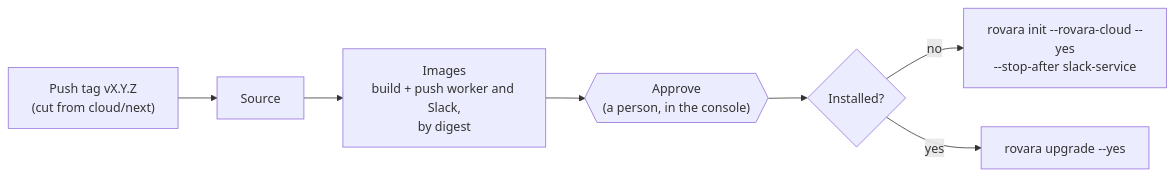
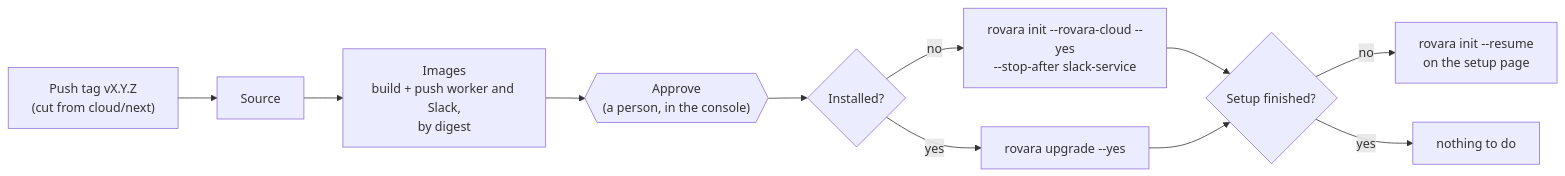
Before and after one commit to rovaracli/rovara: the second of 2 diagrams in docs/rovara-cloud-install.md, drawn with Mermaid. The commit also changed other lines of this file and 4 other files, not shown here.

First line of the commit message:
Rovara Cloud pipeline: stacks with no questions, then the rest on a hosted setup page

````diff
--- a/docs/rovara-cloud-install.md
+++ b/docs/rovara-cloud-install.md
@@ -64,9 +64,13 @@
 ```mermaid
 flowchart LR
   T["Push tag vX.Y.Z<br/>(cut from cloud/next)"] --> S[Source]
   S --> I["Images<br/>build + push worker and Slack,<br/>by digest"]
   I --> A{{"Approve<br/>(a person, in the console)"}}
   A --> D{"Installed?"}
   D -- no --> N["rovara init --rovara-cloud --yes<br/>--stop-after slack-service"]
   D -- yes --> U["rovara upgrade --yes"]
+  N --> F{"Setup finished?"}
+  U --> F
+  F -- no --> P["rovara init --resume<br/>on the setup page"]
+  F -- yes --> X[nothing to do]
 ```
````
